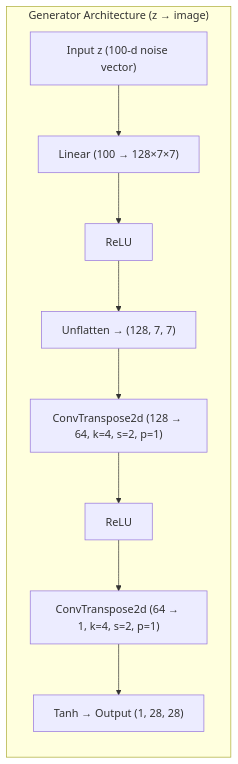
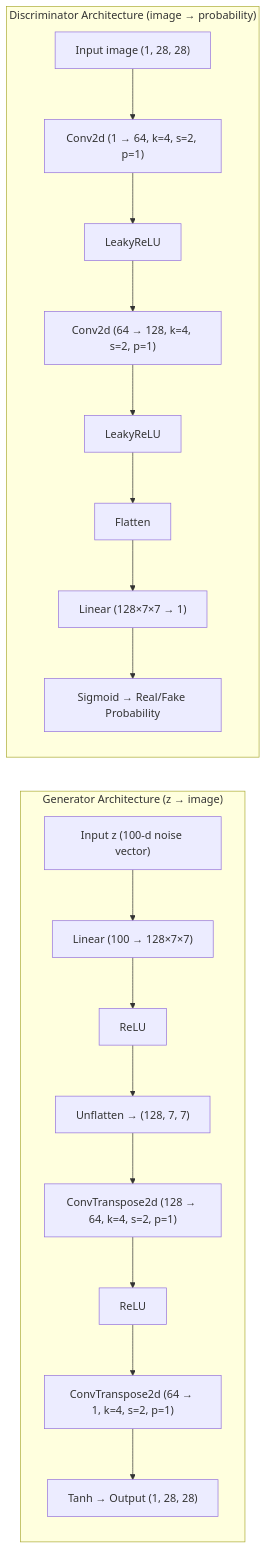
Before and after one commit to LaxmiVarshithaCH/Synthetic-Digits-Generator-VanillaGAN: the diagram in README.md, drawn with Mermaid.

````diff
--- a/README.md
+++ b/README.md
@@ -103,16 +103,37 @@
 ```mermaid
-flowchart TD
-    subgraph Generator["Generator Architecture (z → image)"]
+flowchart LR
+    %% =========================
+    %% Generator (Vertical)
+    %% =========================
+    subgraph G["Generator Architecture (z → image)"]
         direction TB
         Z["Input z (100-d noise vector)"]
         L1["Linear (100 → 128×7×7)"]
         A1["ReLU"]
         U1["Unflatten → (128, 7, 7)"]
         CT1["ConvTranspose2d (128 → 64, k=4, s=2, p=1)"]
         A2["ReLU"]
         CT2["ConvTranspose2d (64 → 1, k=4, s=2, p=1)"]
         A3["Tanh → Output (1, 28, 28)"]
 
         Z --> L1 --> A1 --> U1 --> CT1 --> A2 --> CT2 --> A3
     end
+
+    %% =========================
+    %% Discriminator (Vertical)
+    %% =========================
+    subgraph D["Discriminator Architecture (image → probability)"]
+        direction TB
+        X["Input image (1, 28, 28)"]
+        C1["Conv2d (1 → 64, k=4, s=2, p=1)"]
+        D1["LeakyReLU"]
+        C2["Conv2d (64 → 128, k=4, s=2, p=1)"]
+        D2["LeakyReLU"]
+        F1["Flatten"]
+        L2["Linear (128×7×7 → 1)"]
+        A4["Sigmoid → Real/Fake Probability"]
+
+        X --> C1 --> D1 --> C2 --> D2 --> F1 --> L2 --> A4
+    end
+
 ```
````
